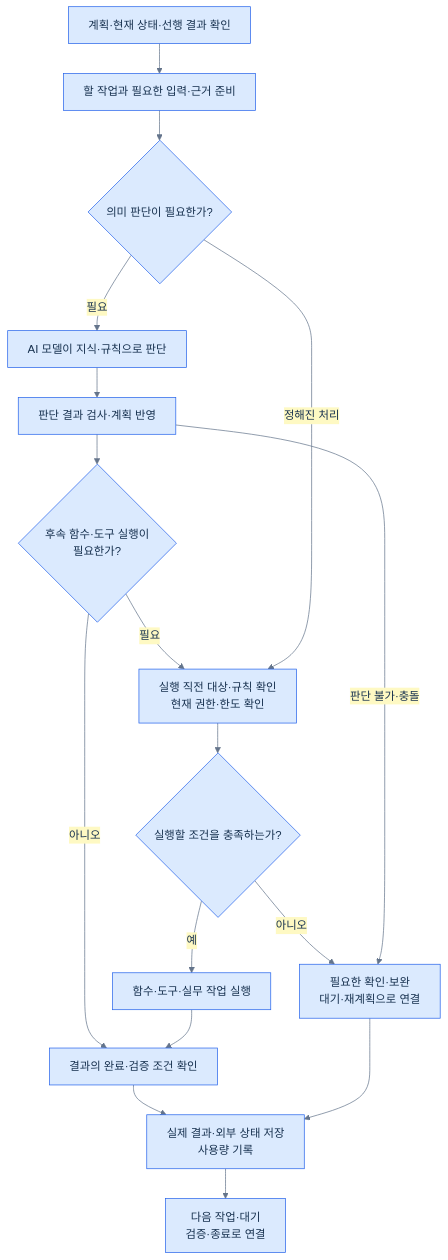
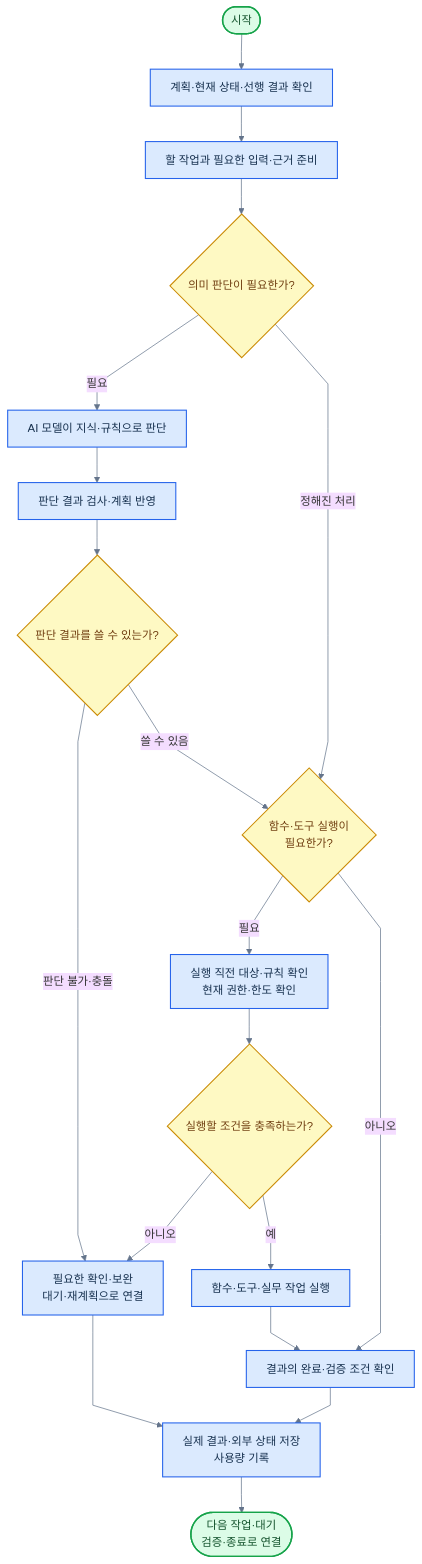
One commit to harisbaguette/expert changed diagram 16 of 17 in 전문가 에이전트 정의 2.md. Above: the diagram before and after it, drawn with Mermaid. The commit also changed other lines of this file, not shown here.

````diff
--- a/전문가 에이전트 정의 2.md
+++ b/전문가 에이전트 정의 2.md
@@ -468,19 +652,38 @@
 ```mermaid
-%%{init: {"theme": "base", "themeVariables": {"fontFamily": "Arial, sans-serif", "fontSize": "16px", "primaryColor": "#dbeafe", "primaryTextColor": "#17314f", "primaryBorderColor": "#2563eb", "lineColor": "#64748b", "secondaryColor": "#fef9c3", "tertiaryColor": "#f8fafc"}, "flowchart": {"curve": "basis", "nodeSpacing": 32, "rankSpacing": 42, "padding": 14, "wrappingWidth": 240, "useMaxWidth": true}}}%%
+%%{init: {"theme":"base","themeVariables":{"fontFamily":"Arial, sans-serif","fontSize":"16px","lineColor":"#64748b"},"flowchart":{"curve":"linear","nodeSpacing":40,"rankSpacing":50,"padding":14,"wrappingWidth":240,"useMaxWidth":true}}}%%
 flowchart TB
-    A["계획·현재 상태·선행 결과 확인"] --> B["할 작업과 필요한 입력·근거 준비"]
-    B --> C{"의미 판단이 필요한가?"}
-    C -->|필요| D["AI 모델이 지식·규칙으로 판단"]
-    D --> E["판단 결과 검사·계획 반영"]
-    E --> F{"후속 함수·도구 실행이<br/>필요한가?"}
-    F -->|아니오| J["결과의 완료·검증 조건 확인"]
-    F -->|필요| G["실행 직전 대상·규칙 확인<br/>현재 권한·한도 확인"]
-    C -->|정해진 처리| G
-    G --> H{"실행할 조건을 충족하는가?"}
-    H -->|예| I["함수·도구·실무 작업 실행"] --> J
-    H -->|아니오| R["필요한 확인·보완<br/>대기·재계획으로 연결"]
-    E -->|판단 불가·충돌| R
-    J --> K["실제 결과·외부 상태 저장<br/>사용량 기록"]
+    S(["시작"])
+    A["계획·현재 상태·선행 결과 확인"]
+    B["할 작업과 필요한 입력·근거 준비"]
+    C{"의미 판단이 필요한가?"}
+    D["AI 모델이 지식·규칙으로 판단"]
+    E["판단 결과 검사·계획 반영"]
+    EQ{"판단 결과를 쓸 수 있는가?"}
+    F{"함수·도구 실행이<br/>필요한가?"}
+    G["실행 직전 대상·규칙 확인<br/>현재 권한·한도 확인"]
+    H{"실행할 조건을 충족하는가?"}
+    I["함수·도구·실무 작업 실행"]
+    R["필요한 확인·보완<br/>대기·재계획으로 연결"]
+    J["결과의 완료·검증 조건 확인"]
+    K["실제 결과·외부 상태 저장<br/>사용량 기록"]
+    L(["다음 작업·대기<br/>검증·종료로 연결"])
+    S --> A --> B --> C
+    C -->|필요| D --> E --> EQ
+    EQ -->|판단 불가·충돌| R
+    EQ -->|쓸 수 있음| F
+    C -->|정해진 처리| F
+    F -->|필요| G
+    F -->|아니오| J
+    G --> H
+    H -->|아니오| R
+    H -->|예| I --> J
     R --> K
-    K --> L["다음 작업·대기<br/>검증·종료로 연결"]
+    J --> K
+    K --> L
+    classDef default fill:#dbeafe,stroke:#2563eb,stroke-width:1.5px,color:#17314f
+    classDef term fill:#dcfce7,stroke:#16a34a,stroke-width:2px,color:#14532d
+    classDef stop fill:#fee2e2,stroke:#dc2626,stroke-width:2px,color:#7f1d1d
+    classDef dec fill:#fef9c3,stroke:#ca8a04,stroke-width:1.5px,color:#713f12
+    class S,L term
+    class C,EQ,F,H dec
 ```
````
